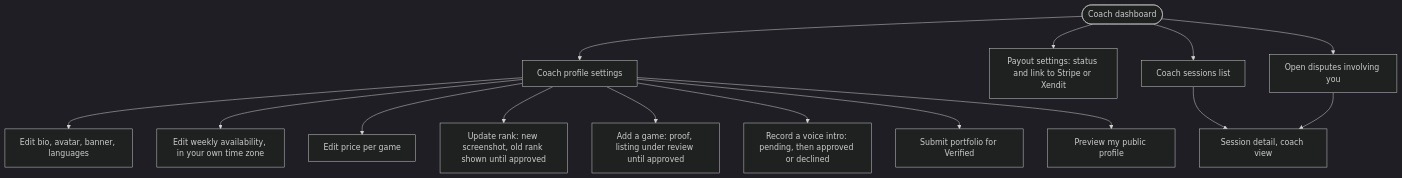
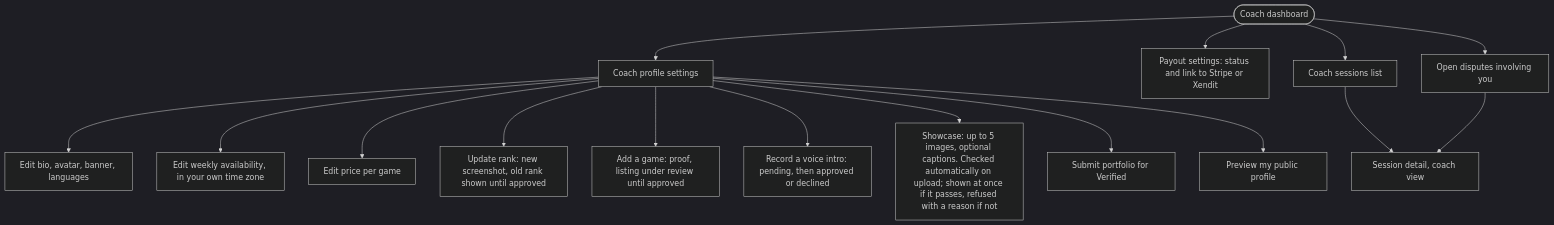
The ninth of 13 diagrams in design/USER-FLOW.md (ILoveWaterSm/Harbourly-Waitlist-2.0), drawn with Mermaid (dark theme) before and after one commit. The commit also changed other lines of this file and 7 other files, not shown here.

First line of the commit message:
Coach profile: optional showcase gallery after About; Availability after Games at one column

````diff
--- a/design/USER-FLOW.md
+++ b/design/USER-FLOW.md
@@ -272,17 +272,18 @@
 ```mermaid
 flowchart TD
   CDash(["Coach dashboard"]) --> Settings["Coach profile settings"]
   Settings --> Bio["Edit bio, avatar, banner, languages"]
   Settings --> Avail["Edit weekly availability, in your own time zone"]
   Settings --> Rates["Edit price per game"]
   Settings --> Rank["Update rank: new screenshot, old rank shown until approved"]
   Settings --> AddGame["Add a game: proof, listing under review until approved"]
   Settings --> Voice["Record a voice intro: pending, then approved or declined"]
+  Settings --> Showcase["Showcase: up to 5 images, optional captions. Checked automatically on upload; shown at once if it passes, refused with a reason if not"]
   Settings --> Portfolio["Submit portfolio for Verified"]
   Settings --> Preview["Preview my public profile"]
   CDash --> PayoutSet["Payout settings: status and link to Stripe or Xendit"]
   CDash --> CSessions["Coach sessions list"]
   CSessions --> Detail["Session detail, coach view"]
   CDash --> Disputes["Open disputes involving you"]
   Disputes --> Detail
 ```
````
